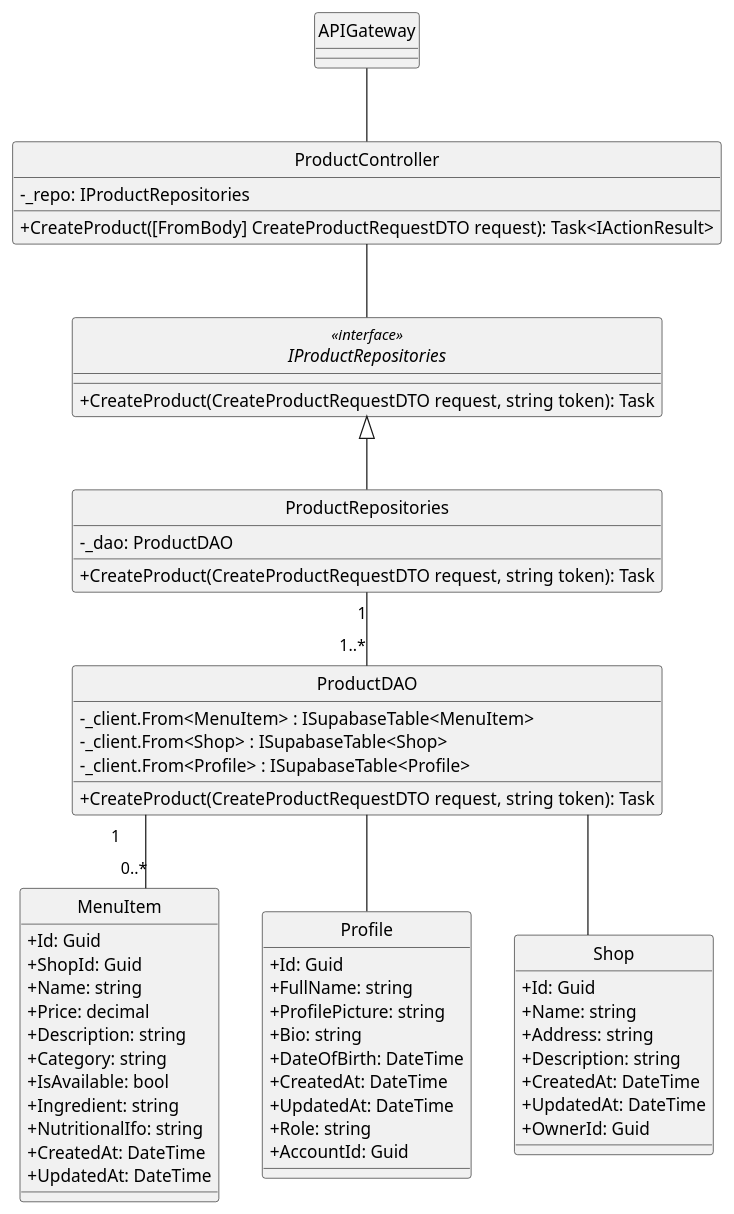
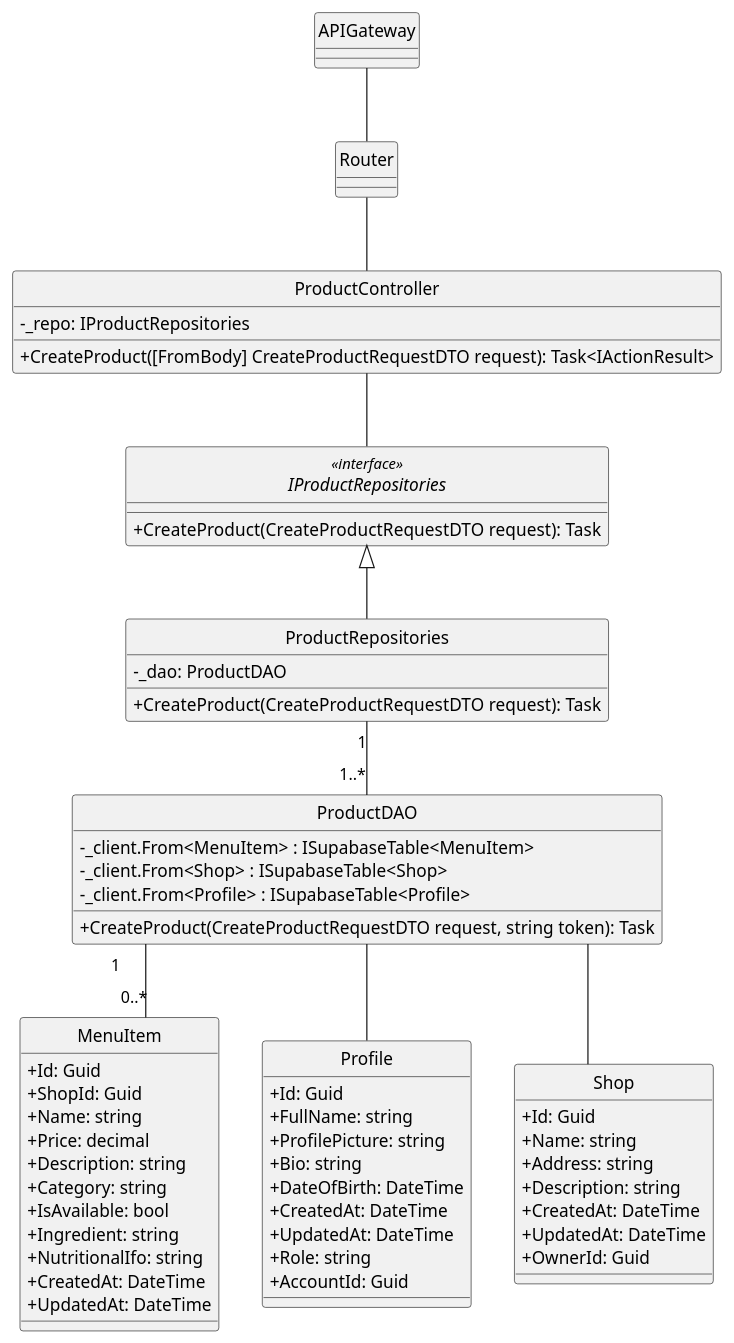
Before and after one commit to minhnhut23/FPT-OBOMS: the diagram in docs/ClassDiagram/Product/CreateProduct.plantuml, drawn with PlantUML. The commit also changed 9 other files, not shown here.

```diff
--- a/docs/ClassDiagram/Product/CreateProduct.plantuml
+++ b/docs/ClassDiagram/Product/CreateProduct.plantuml
@@ -1,74 +1,78 @@
 @startuml
 hide circle
 skinparam classAttributeIconSize 0
 skinparam linetype ortho
 
 class APIGateway {
 }
 
+class Router {
+}
+
 class ProductController {
     - _repo: IProductRepositories
     + CreateProduct([FromBody] CreateProductRequestDTO request): Task<IActionResult>
 }
 
 interface IProductRepositories<<interface>> {
-    + CreateProduct(CreateProductRequestDTO request, string token): Task
+    + CreateProduct(CreateProductRequestDTO request): Task
 }
 
 class ProductRepositories {
     - _dao: ProductDAO
-    + CreateProduct(CreateProductRequestDTO request, string token): Task
+    + CreateProduct(CreateProductRequestDTO request): Task
 }
 
 class ProductDAO {
     - _client.From<MenuItem> : ISupabaseTable<MenuItem>
     - _client.From<Shop> : ISupabaseTable<Shop>
     - _client.From<Profile> : ISupabaseTable<Profile>
     + CreateProduct(CreateProductRequestDTO request, string token): Task
 }
 
 class MenuItem {
     + Id: Guid
     + ShopId: Guid
     + Name: string
     + Price: decimal
     + Description: string
     + Category: string
     + IsAvailable: bool
     + Ingredient: string
     + NutritionalIfo: string
     + CreatedAt: DateTime
     + UpdatedAt: DateTime
 }
 
 class Profile {
     + Id: Guid
     + FullName: string
     + ProfilePicture: string
     + Bio: string
     + DateOfBirth: DateTime
     + CreatedAt: DateTime
     + UpdatedAt: DateTime
     + Role: string
     + AccountId: Guid
 }
 
 class Shop {
     + Id: Guid
     + Name: string
     + Address: string
     + Description: string
     + CreatedAt: DateTime
     + UpdatedAt: DateTime
     + OwnerId: Guid
 }
 
-APIGateway -- ProductController
+APIGateway -- Router
+Router -- ProductController
 ProductController -- IProductRepositories 
 IProductRepositories <|-- ProductRepositories
 ProductRepositories "1"--"1..*" ProductDAO
 ProductDAO "1" -- "0..*" MenuItem
 ProductDAO -- Shop
 ProductDAO  --  Profile
 
 @enduml
```
